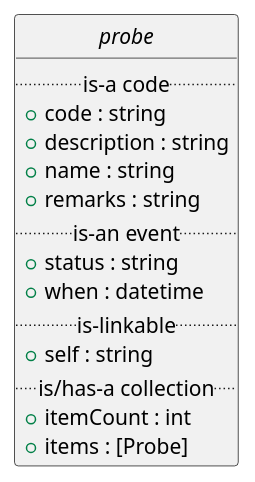
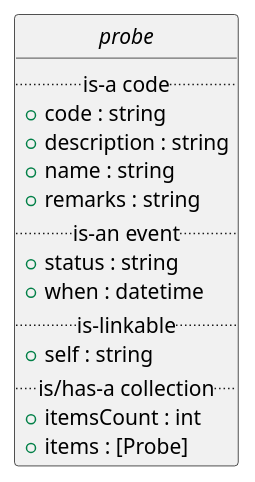
Before and after one commit to EciStg/order-placement: the third of 3 diagrams in probe/probe.org, drawn with PlantUML. The commit also changed other lines of this file and 50 other files, not shown here.

```diff
--- a/probe/probe.org
+++ b/probe/probe.org
@@ -108,21 +108,21 @@
 #+BEGIN_SRC plantuml :file ../images/probe-class-diagram.puml.png :exports results
 @startuml
 hide circle
 
 interface probe {
 .. is-a code ..
 {field} + code : string
 {field} + description : string
 {field} + name : string
 {field} + remarks : string
 .. is-an event ..
 {field} + status : string
 {field} + when : datetime
 .. is-linkable ..
 {field} + self : string
 .. is/has-a collection ..
-{field} + itemCount : int
+{field} + itemsCount : int
 {field} + items : [Probe]
 }
 @enduml
 #+END_SRC
```
